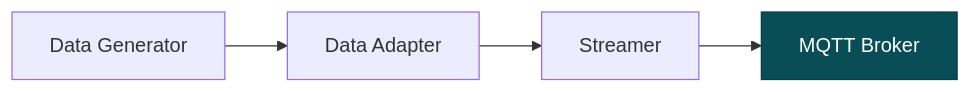
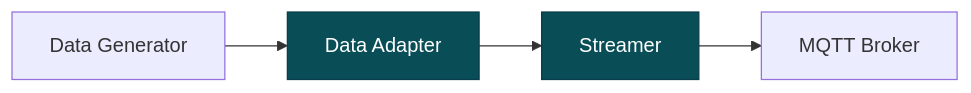
The diagram in doc/pages/guides/connect-data-adapter.md (cmu-mfi/ddb), drawn with Mermaid before and after one commit. The commit also changed other lines of this file and 16 other files, not shown here.

````diff
--- a/doc/pages/guides/connect-data-adapter.md
+++ b/doc/pages/guides/connect-data-adapter.md
@@ -15,7 +15,8 @@
 ```{mermaid}
 flowchart LR
     Source[Data Generator] --> DA[Data Adapter] --> S[Streamer] --> MQTT[MQTT Broker]
     
     classDef highlight fill:#094d57,stroke:#0a3d4d,color:white
-    class MQTT highlight
+    class DA highlight
+    class S highlight
 ```
````
